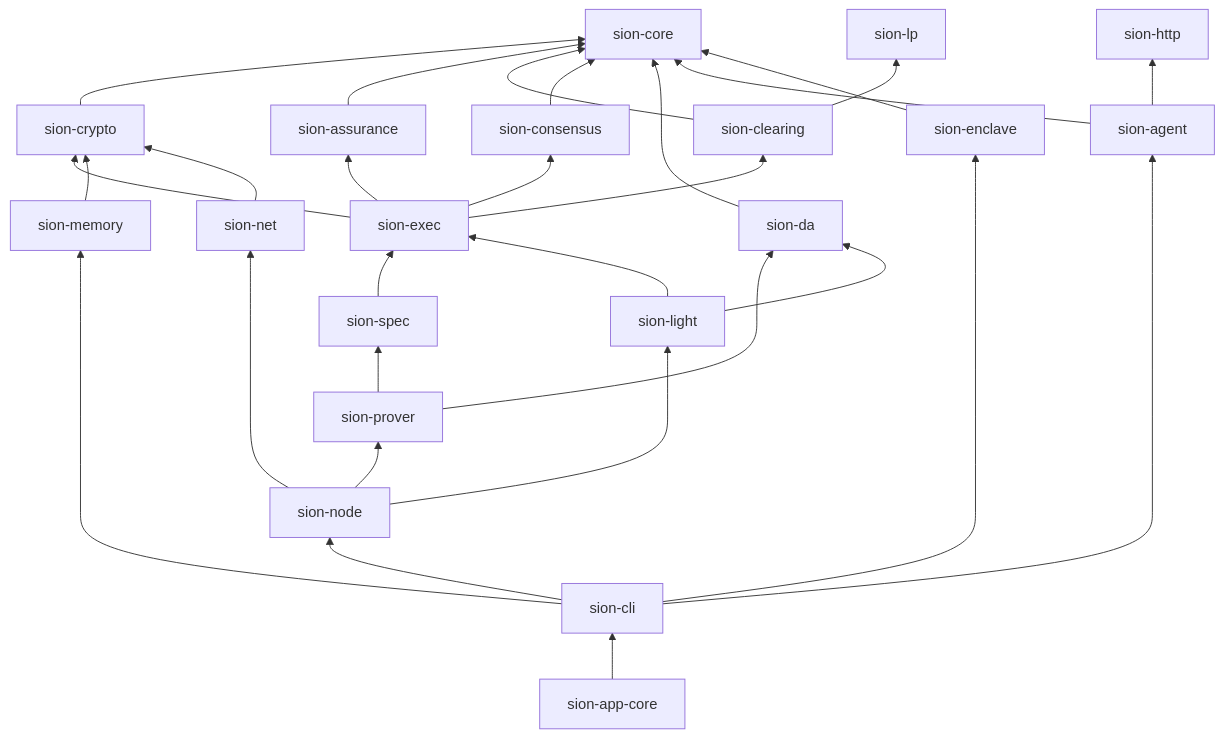
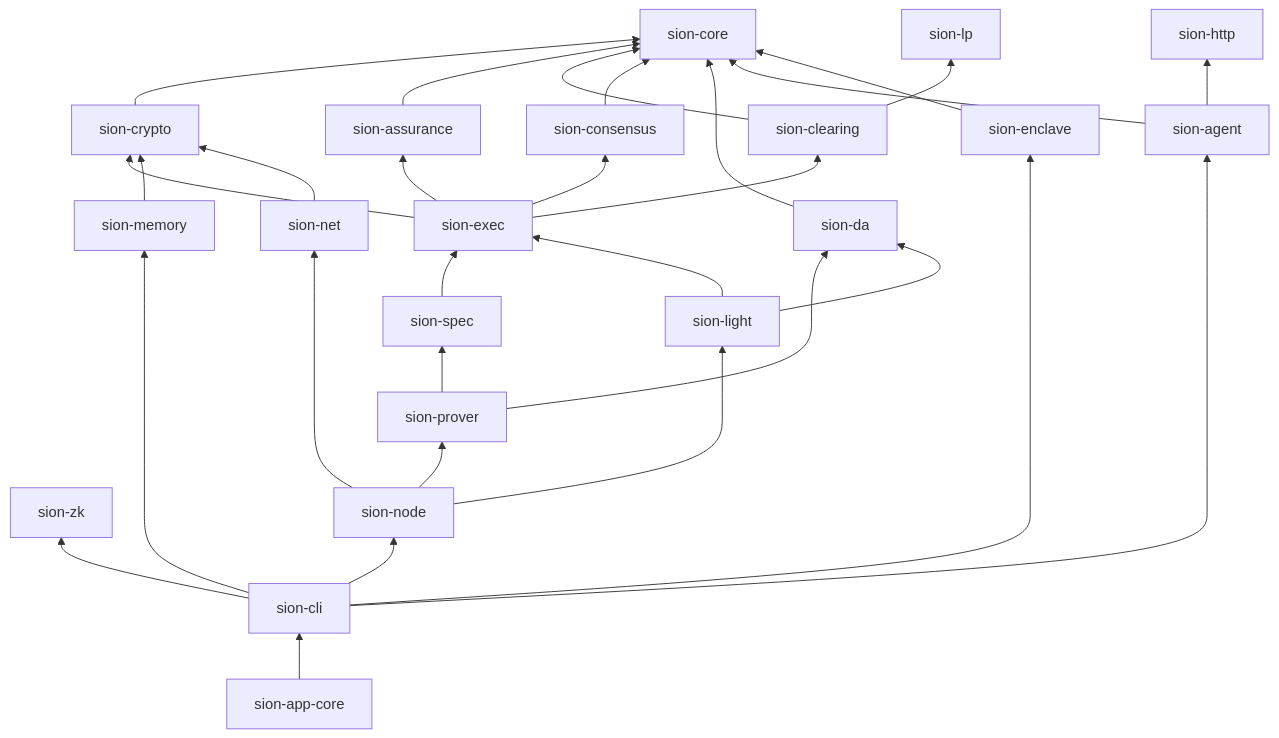
The first of 2 diagrams in ARCHITECTURE.md (shayansal/Siontology), drawn with Mermaid before and after one commit. The commit also changed other lines of this file and 20 other files, not shown here.

````diff
--- a/ARCHITECTURE.md
+++ b/ARCHITECTURE.md
@@ -36,23 +36,24 @@
 ```mermaid
 flowchart BT
   core[sion-core]
   lp[sion-lp]
   http[sion-http]
+  zk[sion-zk]
   crypto[sion-crypto] --> core
   assurance[sion-assurance] --> core
   clearing[sion-clearing] --> core
   clearing --> lp
   consensus[sion-consensus] --> core
   da[sion-da] --> core
   exec[sion-exec] --> crypto & assurance & clearing & consensus
   spec[sion-spec] --> exec
   prover[sion-prover] --> spec & da
   light[sion-light] --> exec & da
   memory[sion-memory] --> crypto
   net[sion-net] --> crypto
   node[sion-node] --> prover & light & net
   agent[sion-agent] --> http & core
   enclave[sion-enclave] --> core
-  cli[sion-cli] --> node & memory & agent & enclave
+  cli[sion-cli] --> node & memory & agent & enclave & zk
   app[sion-app-core] --> cli
 ```
````
